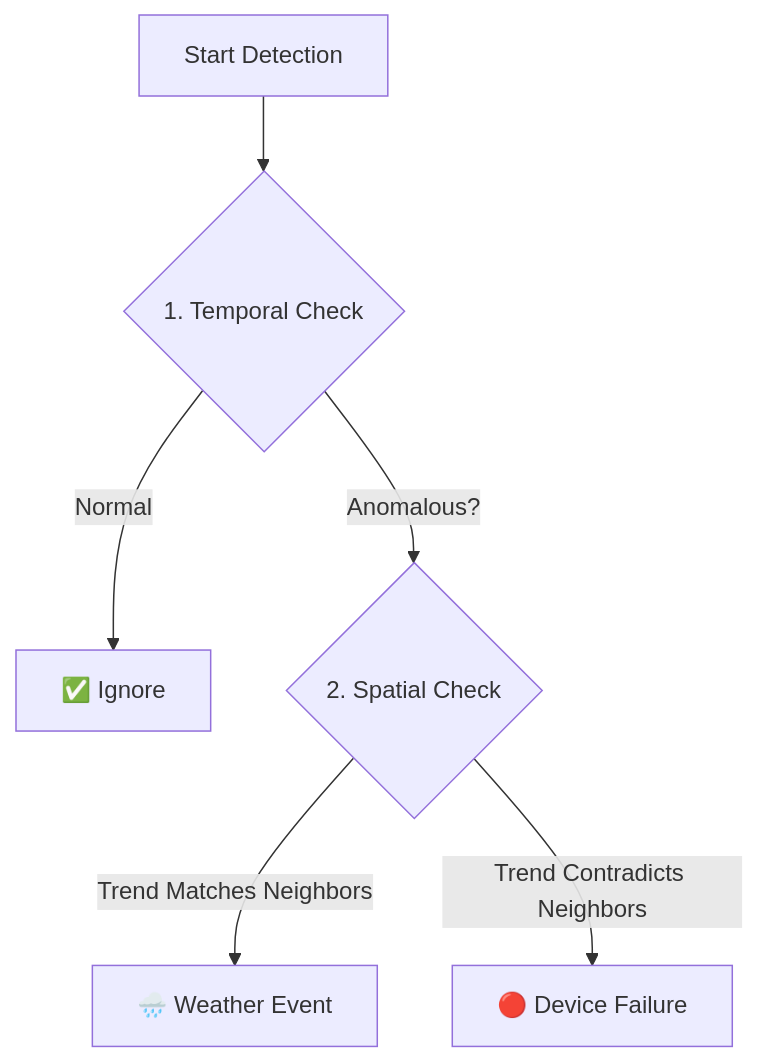
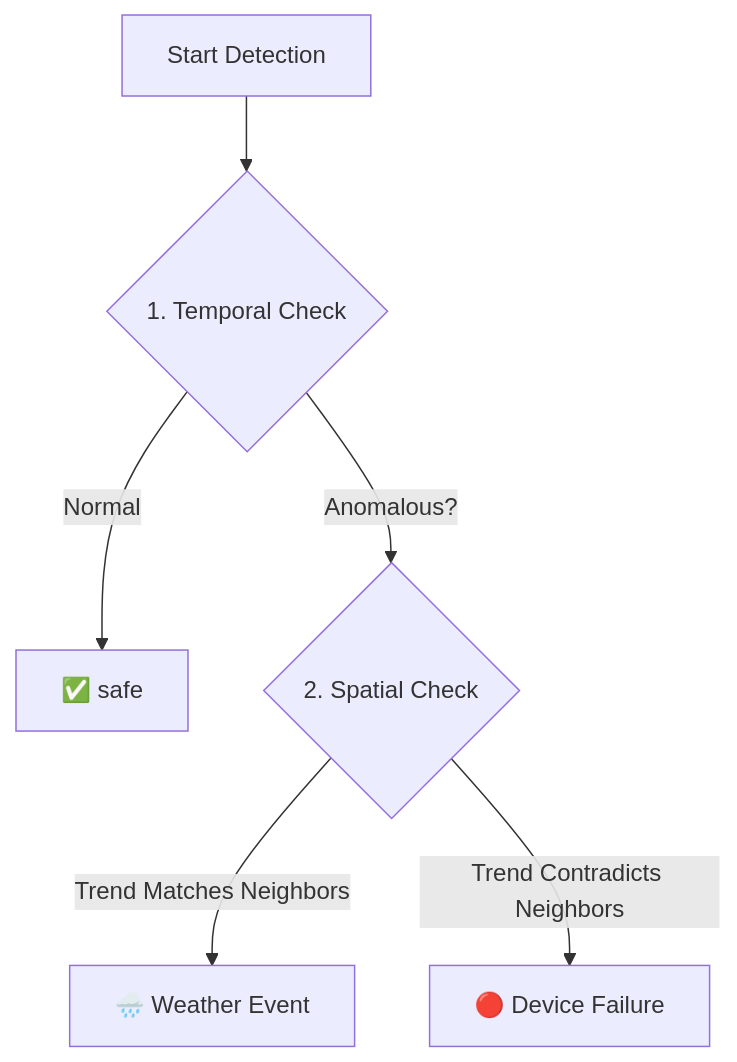
The diagram in README.md (datagems-eosc/real-time-anomaly-detection), drawn with Mermaid before and after one commit. The commit also changed other lines of this file, not shown here.

````diff
--- a/README.md
+++ b/README.md
@@ -15,8 +15,8 @@
 ```mermaid
 flowchart TD
     A[Start Detection] --> B{1. Temporal Check}
-    B -- Normal --> C[✅ Ignore]
+    B -- Normal --> C[✅ safe]
     B -- Anomalous? --> D{2. Spatial Check}
     D -- Trend Matches Neighbors --> E[🌧️ Weather Event]
     D -- Trend Contradicts Neighbors --> F[🔴 Device Failure]
 ```
````
